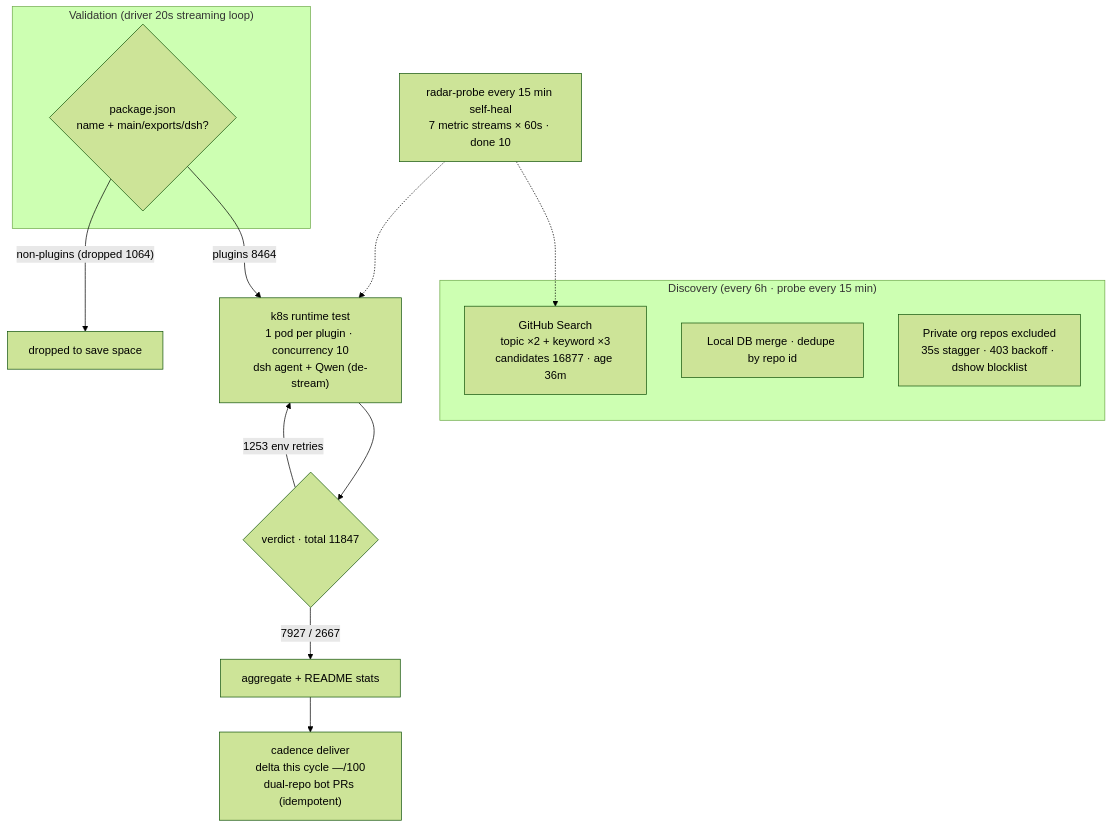
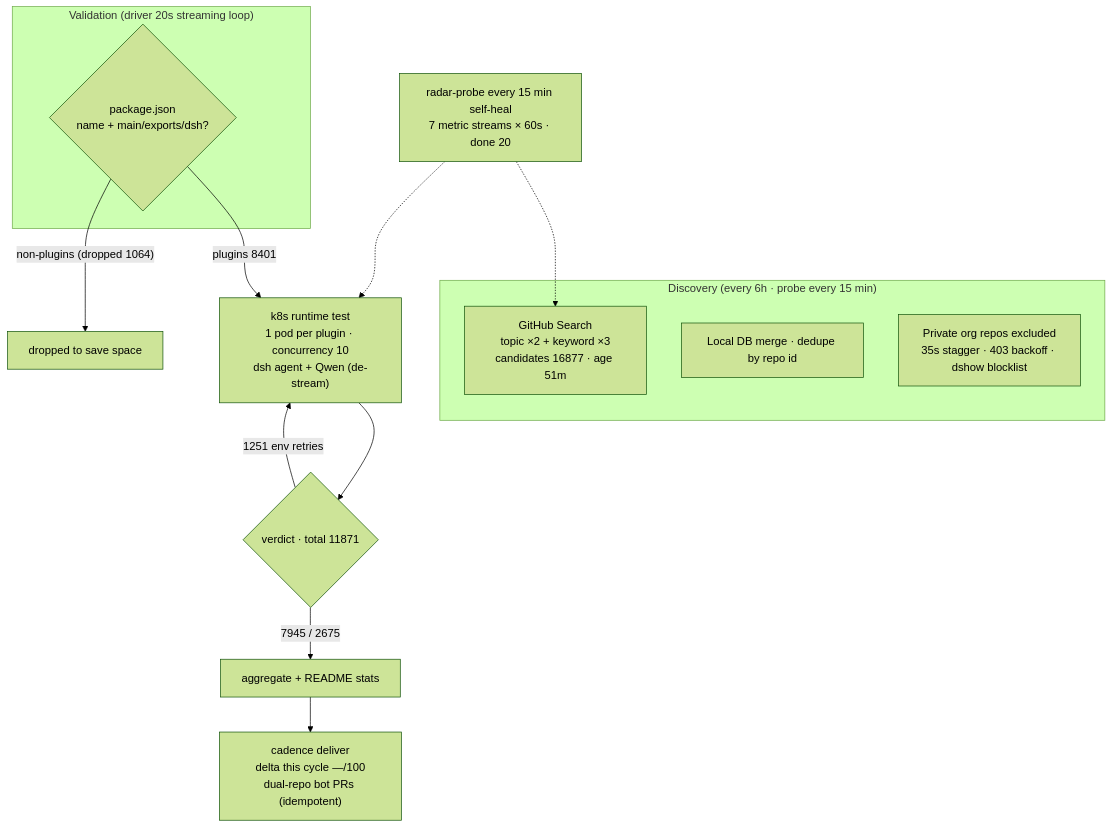
Before and after one commit to AdamPlatin123/awesome-dsh-plugins: the diagram in README.en-US.md, drawn with Mermaid (forest theme). The commit also changed other lines of this file and 5 other files, not shown here.

````diff
--- a/README.en-US.md
+++ b/README.en-US.md
@@ -45,20 +45,20 @@
 ```mermaid
 flowchart TB
     subgraph Discovery["Discovery (every 6h · probe every 15 min)"]
-        A1["GitHub Search<br/>topic ×2 + keyword ×3<br/>candidates 16877 · age 36m"]
+        A1["GitHub Search<br/>topic ×2 + keyword ×3<br/>candidates 16877 · age 51m"]
         A2["Local DB merge · dedupe by repo id"]
         A3["Private org repos excluded<br/>35s stagger · 403 backoff · dshow blocklist"]
     end
     subgraph Validation["Validation (driver 20s streaming loop)"]
         B1{"package.json<br/>name + main/exports/dsh?"}
     end
-    B1 -->|"plugins 8464"| C1["k8s runtime test<br/>1 pod per plugin · concurrency 10<br/>dsh agent + Qwen (de-stream)"]
+    B1 -->|"plugins 8401"| C1["k8s runtime test<br/>1 pod per plugin · concurrency 10<br/>dsh agent + Qwen (de-stream)"]
     B1 -->|"non-plugins (dropped 1064)"| B3["dropped to save space"]
-    C1 --> D1{"verdict · total 11847"}
-    D1 -->|"7927 / 2667"| E1["aggregate + README stats"]
-    D1 -->|"1253 env retries"| C1
+    C1 --> D1{"verdict · total 11871"}
+    D1 -->|"7945 / 2675"| E1["aggregate + README stats"]
+    D1 -->|"1251 env retries"| C1
     E1 --> E2["cadence deliver<br/>delta this cycle —/100<br/>dual-repo bot PRs (idempotent)"]
-    M["radar-probe every 15 min self-heal<br/>7 metric streams × 60s · done 10"]
+    M["radar-probe every 15 min self-heal<br/>7 metric streams × 60s · done 20"]
     M -.-> A1
     M -.-> C1
 ```
````
